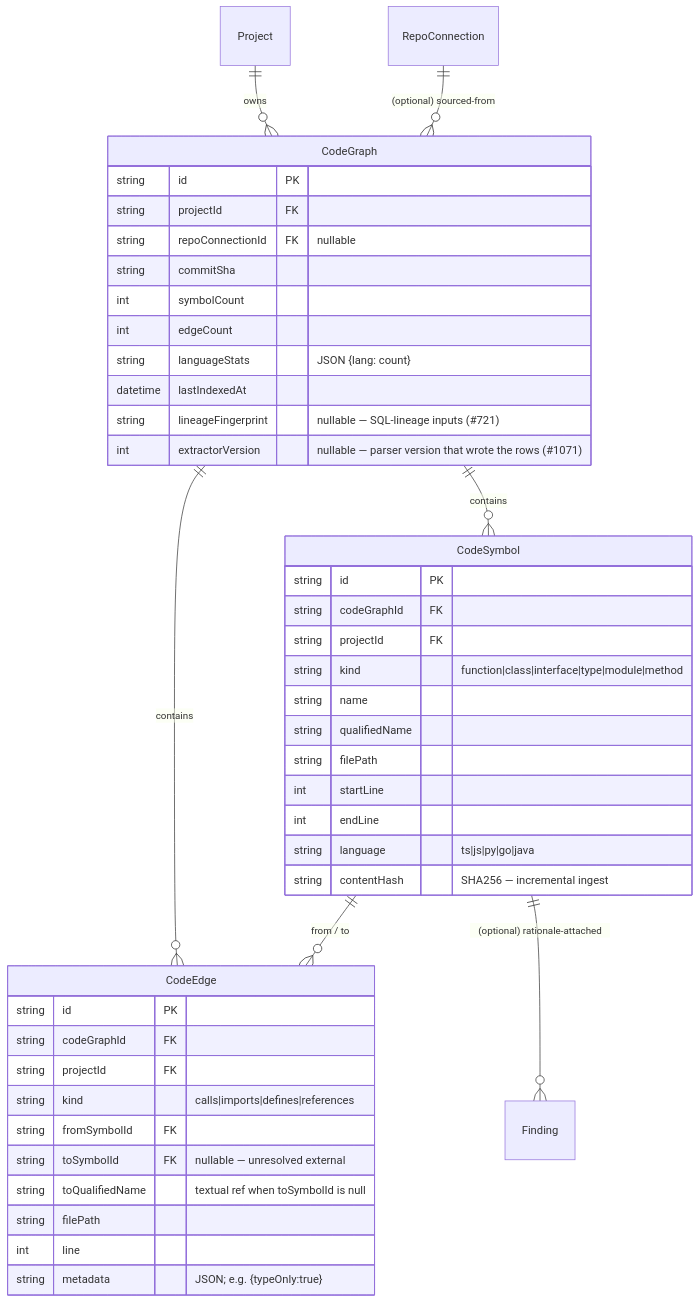
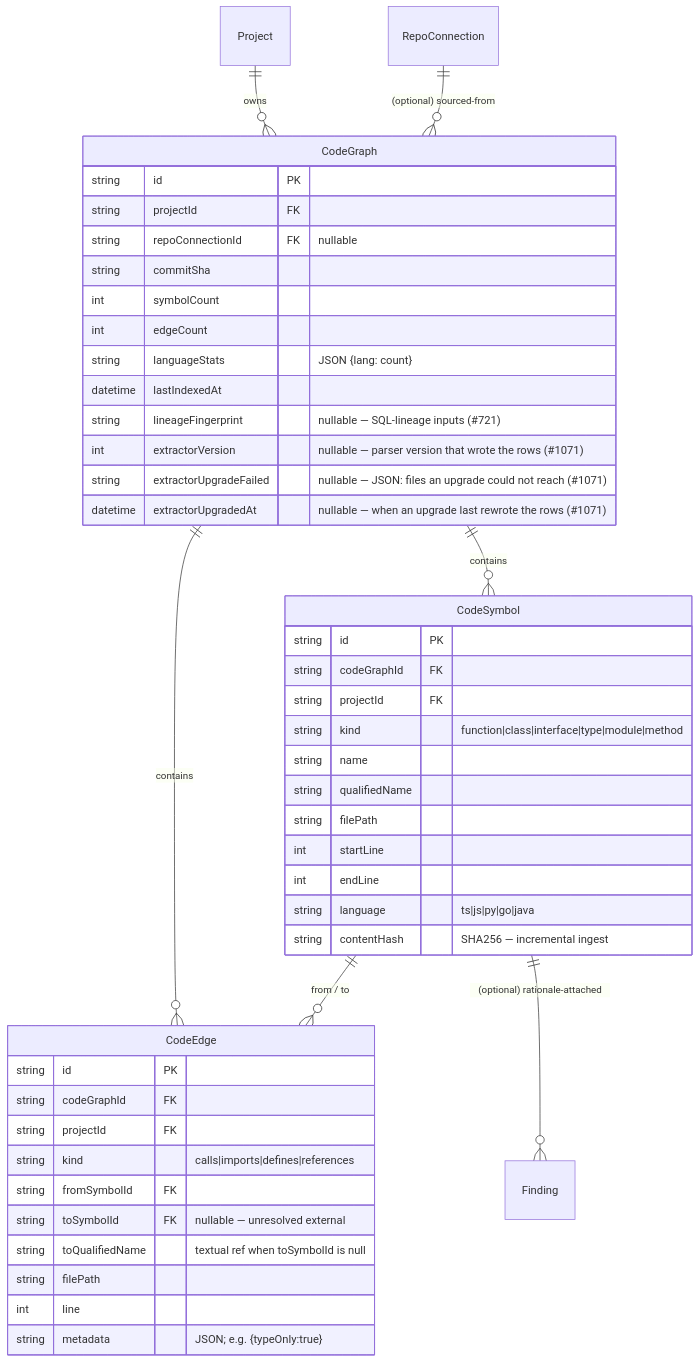
The diagram in docs/data-model.md (openzigs/metis), drawn with Mermaid before and after one commit. The commit also changed other lines of this file and 9 other files, not shown here.

First line of the commit message:
docs: #1071 review 2 — architecture, operations 6.5, changelog, memory notes

````diff
--- a/docs/data-model.md
+++ b/docs/data-model.md
@@ -122,49 +122,51 @@
 ```mermaid
 erDiagram
     Project ||--o{ CodeGraph : owns
     RepoConnection ||--o{ CodeGraph : "(optional) sourced-from"
     CodeGraph ||--o{ CodeSymbol : contains
     CodeGraph ||--o{ CodeEdge : contains
     CodeSymbol ||--o{ CodeEdge : "from / to"
     CodeSymbol ||--o{ Finding : "(optional) rationale-attached"
 
     CodeSymbol {
         string id PK
         string codeGraphId FK
         string projectId FK
         string kind "function|class|interface|type|module|method"
         string name
         string qualifiedName
         string filePath
         int    startLine
         int    endLine
         string language "ts|js|py|go|java"
         string contentHash "SHA256 — incremental ingest"
     }
 
     CodeEdge {
         string id PK
         string codeGraphId FK
         string projectId FK
         string kind "calls|imports|defines|references"
         string fromSymbolId FK
         string toSymbolId FK "nullable — unresolved external"
         string toQualifiedName "textual ref when toSymbolId is null"
         string filePath
         int    line
         string metadata "JSON; e.g. {typeOnly:true}"
     }
 
     CodeGraph {
         string id PK
         string projectId FK
         string repoConnectionId FK "nullable"
         string commitSha
         int    symbolCount
         int    edgeCount
         string languageStats "JSON {lang: count}"
         datetime lastIndexedAt
         string lineageFingerprint "nullable — SQL-lineage inputs (#721)"
         int    extractorVersion "nullable — parser version that wrote the rows (#1071)"
+        string extractorUpgradeFailed "nullable — JSON: files an upgrade could not reach (#1071)"
+        datetime extractorUpgradedAt "nullable — when an upgrade last rewrote the rows (#1071)"
     }
 ```
````
